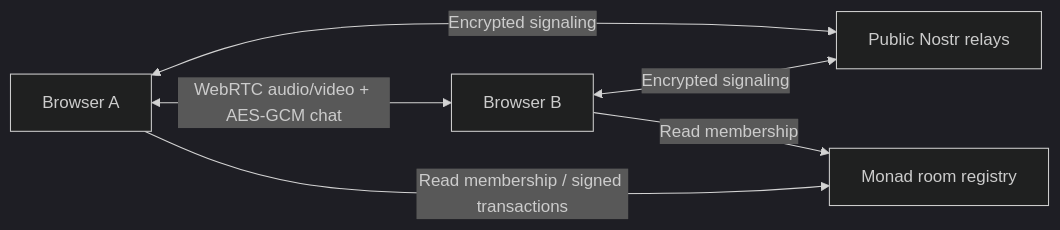
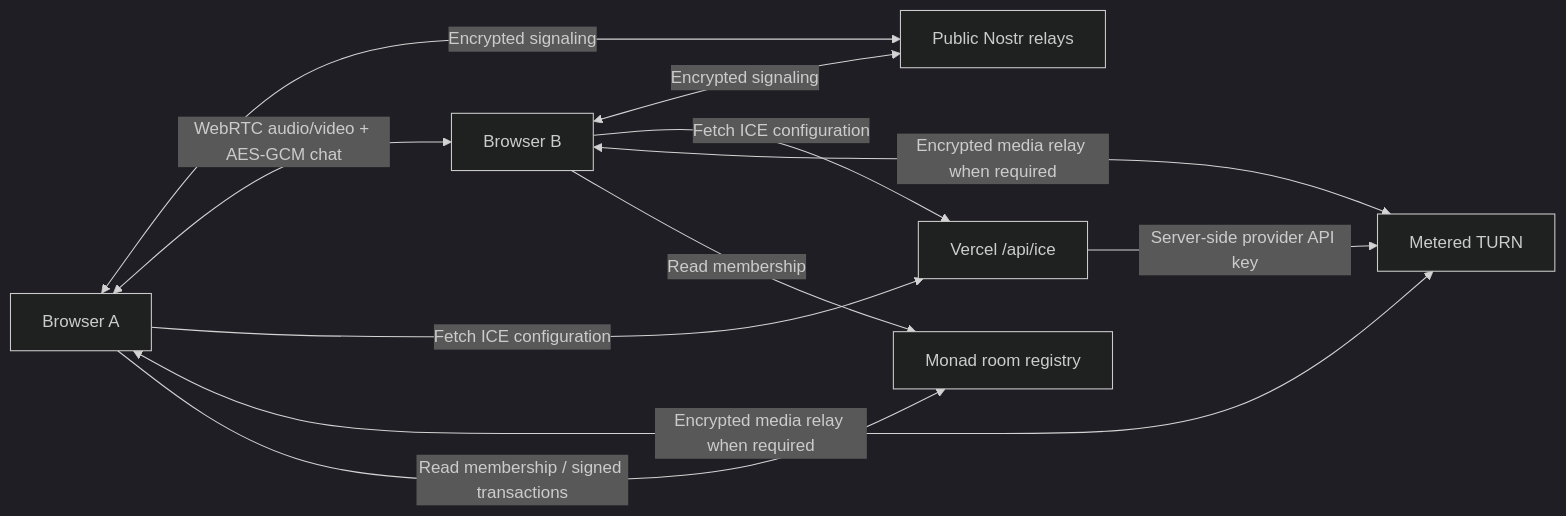
Before and after one commit to RudraBhaskar9439/nadwave: the diagram in README.md, drawn with Mermaid (dark theme). The commit also changed other lines of this file and 15 other files, not shown here.

````diff
--- a/README.md
+++ b/README.md
@@ -100,8 +103,13 @@
 ```mermaid
 flowchart LR
     A[Browser A] <-->|Encrypted signaling| R[Public Nostr relays]
     B[Browser B] <-->|Encrypted signaling| R
     A <-->|WebRTC audio/video + AES-GCM chat| B
+    A -->|Fetch ICE configuration| I[Vercel /api/ice]
+    B -->|Fetch ICE configuration| I
+    I -->|Server-side provider API key| T[Metered TURN]
+    A <-->|Encrypted media relay when required| T
+    B <-->|Encrypted media relay when required| T
     A -->|Read membership / signed transactions| M[Monad room registry]
     B -->|Read membership| M
 ```
````
